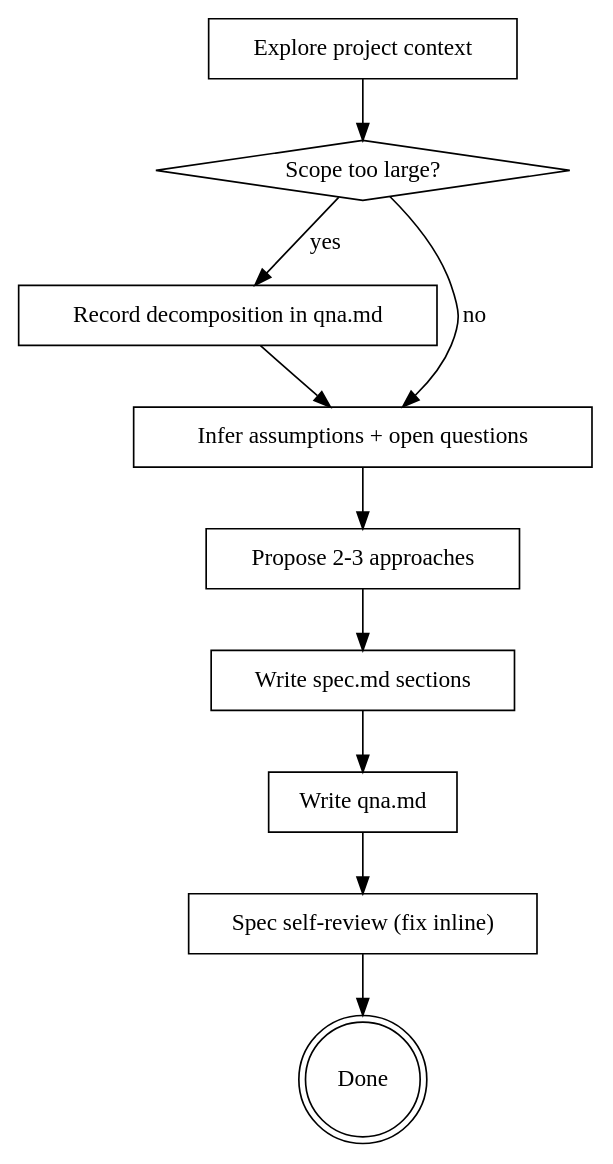
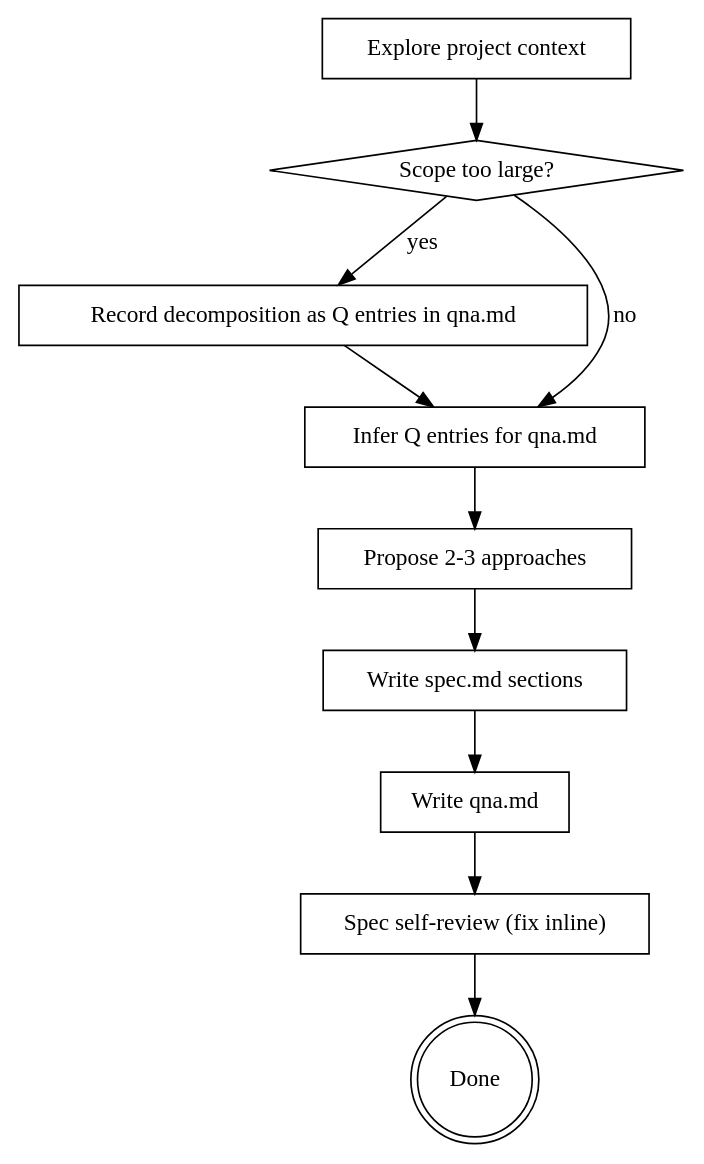
One commit to gklein/fullsend changed the diagram in skills/spec-start/SKILL.md. Above: the diagram before and after it, drawn with Graphviz. The commit also changed other lines of this file, not shown here.

First line of the commit message:
docs(skills): restructure spec-start qna.md as flat Q-NN log

````diff
--- a/skills/spec-start/SKILL.md
+++ b/skills/spec-start/SKILL.md
@@ -44,23 +46,23 @@
 ```dot
 digraph spec_start {
     "Explore project context" [shape=box];
     "Scope too large?" [shape=diamond];
-    "Record decomposition in qna.md" [shape=box];
-    "Infer assumptions + open questions" [shape=box];
+    "Record decomposition as Q entries in qna.md" [shape=box];
+    "Infer Q entries for qna.md" [shape=box];
     "Propose 2-3 approaches" [shape=box];
     "Write spec.md sections" [shape=box];
     "Write qna.md" [shape=box];
     "Spec self-review (fix inline)" [shape=box];
     "Done" [shape=doublecircle];
 
     "Explore project context" -> "Scope too large?";
-    "Scope too large?" -> "Record decomposition in qna.md" [label="yes"];
-    "Scope too large?" -> "Infer assumptions + open questions" [label="no"];
-    "Record decomposition in qna.md" -> "Infer assumptions + open questions";
-    "Infer assumptions + open questions" -> "Propose 2-3 approaches";
+    "Scope too large?" -> "Record decomposition as Q entries in qna.md" [label="yes"];
+    "Scope too large?" -> "Infer Q entries for qna.md" [label="no"];
+    "Record decomposition as Q entries in qna.md" -> "Infer Q entries for qna.md";
+    "Infer Q entries for qna.md" -> "Propose 2-3 approaches";
     "Propose 2-3 approaches" -> "Write spec.md sections";
     "Write spec.md sections" -> "Write qna.md";
     "Write qna.md" -> "Spec self-review (fix inline)";
     "Spec self-review (fix inline)" -> "Done";
 }
 ```
````
